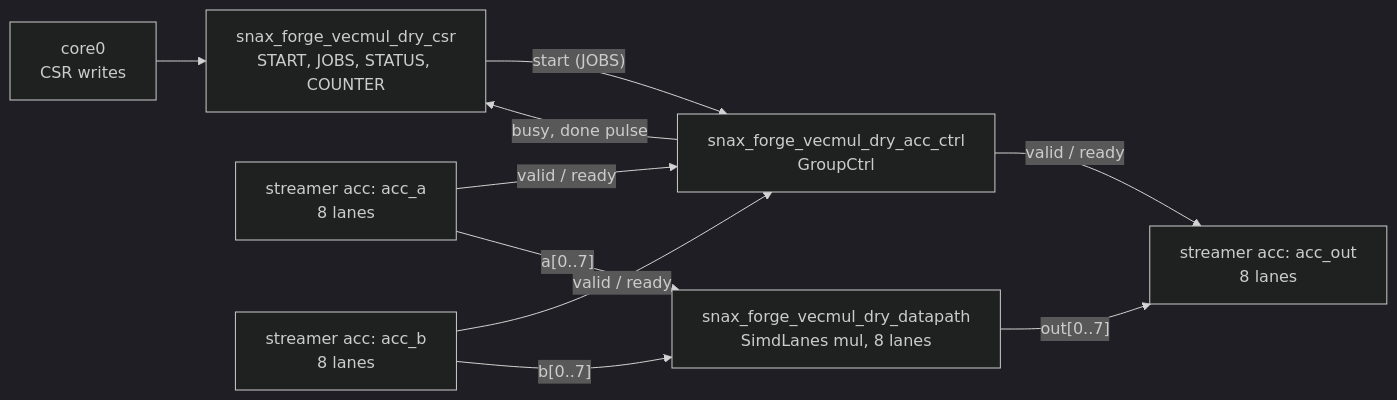
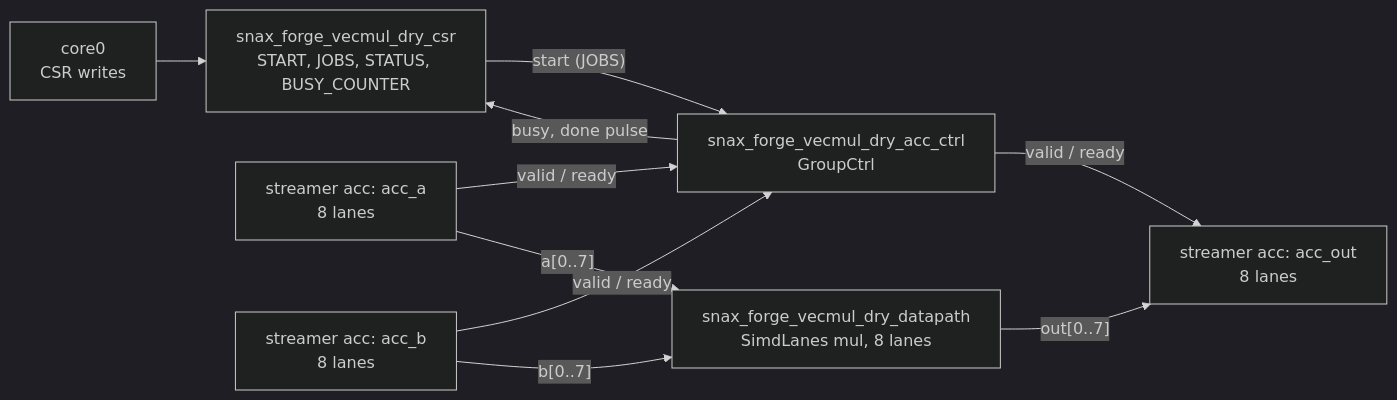
The diagram in examples/dryrun/1_vecmul.md (KULeuven-MICAS/snax-forge), drawn with Mermaid (dark theme) before and after one commit. The commit also changed other lines of this file and 113 other files, not shown here.

First line of the commit message:
CTRL2: settings live in the csr, a leaner control unit, BUSY_COUNTER in <tag>_peripherals (D168) (#63)

````diff
--- a/examples/dryrun/1_vecmul.md
+++ b/examples/dryrun/1_vecmul.md
@@ -238,12 +238,12 @@
 ```mermaid
 flowchart LR
-  core["core0<br/>CSR writes"] --> csr["snax_forge_vecmul_dry_csr<br/>START, JOBS, STATUS, COUNTER"]
+  core["core0<br/>CSR writes"] --> csr["snax_forge_vecmul_dry_csr<br/>START, JOBS, STATUS, BUSY_COUNTER"]
   csr -- "start (JOBS)" --> ctrl["snax_forge_vecmul_dry_acc_ctrl<br/>GroupCtrl"]
   ctrl -- "busy, done pulse" --> csr
   sa["streamer acc: acc_a<br/>8 lanes"] -- "valid / ready" --> ctrl
   sb["streamer acc: acc_b<br/>8 lanes"] -- "valid / ready" --> ctrl
   ctrl -- "valid / ready" --> so["streamer acc: acc_out<br/>8 lanes"]
   sa -- "a[0..7]" --> dp["snax_forge_vecmul_dry_datapath<br/>SimdLanes mul, 8 lanes"]
   sb -- "b[0..7]" --> dp
   dp -- "out[0..7]" --> so
 ```
````
